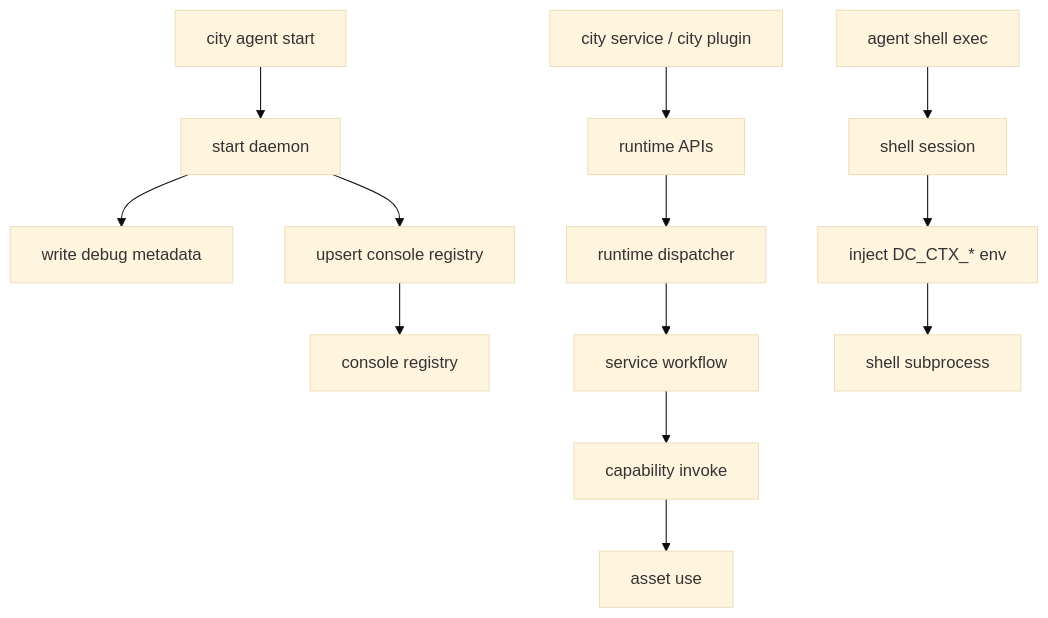
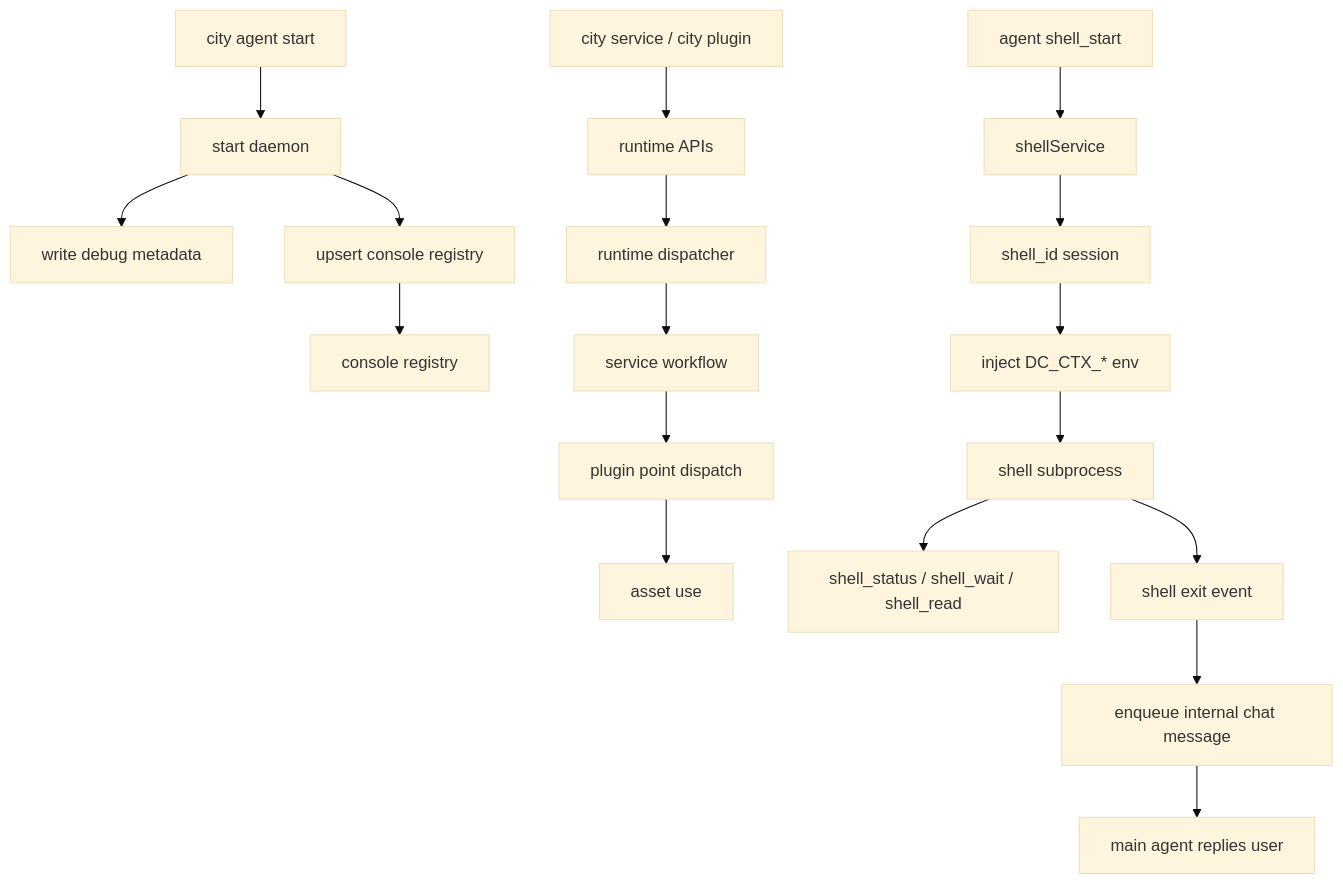
The diagram in homepage/content/docs/en/concepts/runtime-registration-service-shell-flow.mdx (wangenius/downcity), drawn with Mermaid (base theme) before and after one commit. The commit also changed other lines of this file and 168 other files, not shown here.

````diff
--- a/homepage/content/docs/en/concepts/runtime-registration-service-shell-flow.mdx
+++ b/homepage/content/docs/en/concepts/runtime-registration-service-shell-flow.mdx
@@ -28,17 +32,22 @@
 ```mermaid
 flowchart TD
   A["city agent start"] --> B["start daemon"]
   B --> C["write debug metadata"]
   B --> D["upsert console registry"]
   D --> E["console registry"]
 
   F["city service / city plugin"] --> G["runtime APIs"]
   G --> H["runtime dispatcher"]
   H --> I["service workflow"]
-  I --> J["capability invoke"]
+  I --> J["plugin point dispatch"]
   J --> K["asset use"]
 
-  L["agent shell exec"] --> M["shell session"]
-  M --> N["inject DC_CTX_* env"]
-  N --> O["shell subprocess"]
+  L["agent shell_start"] --> M["shellService"]
+  M --> N["shell_id session"]
+  N --> O["inject DC_CTX_* env"]
+  O --> P["shell subprocess"]
+  P --> Q["shell_status / shell_wait / shell_read"]
+  P --> R["shell exit event"]
+  R --> S["enqueue internal chat message"]
+  S --> T["main agent replies user"]
 ```
````
